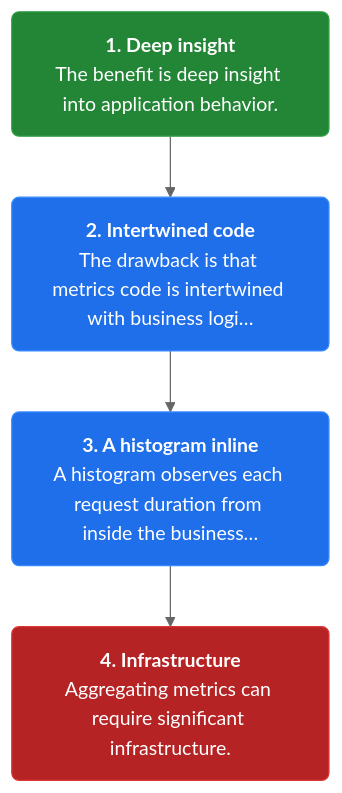
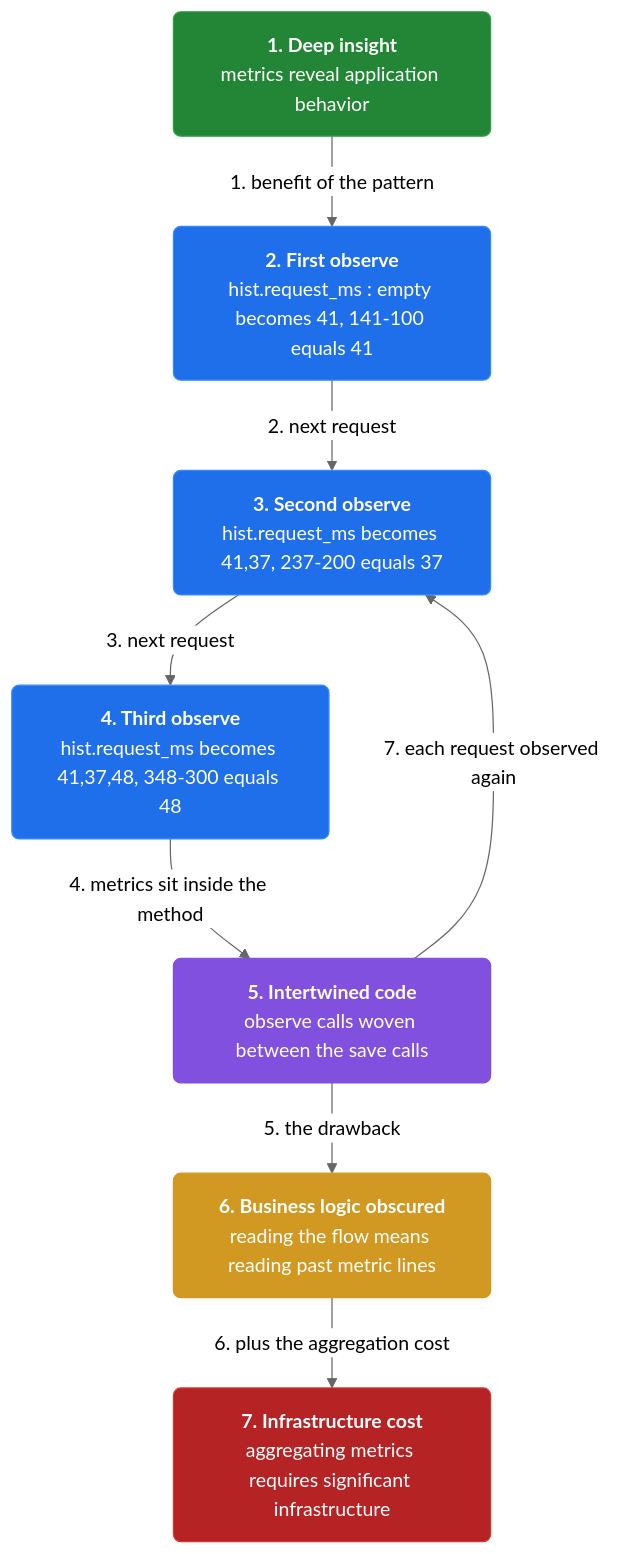
The third of 3 diagrams in docs/ch31-application-metrics.md (vinayakuber/microservices-io-study-guide), drawn with Mermaid (neutral theme) before and after one commit. The commit also changed other lines of this file and 46 other files, not shown here.

First line of the commit message:
Author rich branching flow diagrams for all 44 chapters

````diff
--- a/docs/ch31-application-metrics.md
+++ b/docs/ch31-application-metrics.md
@@ -90,13 +108,22 @@
 ```mermaid
 flowchart TD
-  classDef step fill:#1f6feb,color:#ffffff,stroke:#388bfd,stroke-width:1px,rx:6
+  classDef step fill:#1f6feb,color:#ffffff,stroke:#388bfd,rx:6
+  classDef core fill:#8250df,color:#ffffff,stroke:#8250df,rx:6
+  classDef warn fill:#d29922,color:#ffffff,stroke:#d29922,rx:6
   classDef start fill:#238636,color:#ffffff,stroke:#2ea043,rx:6
   classDef stop fill:#b62324,color:#ffffff,stroke:#da3633,rx:6
-  s2n0["<b>1. Deep insight</b><br/>The benefit is deep insight into application behavior."]:::start
-  s2n1["<b>2. Intertwined code</b><br/>The drawback is that metrics code is intertwined with business logi…"]:::step
-  s2n2["<b>3. A histogram inline</b><br/>A histogram observes each request duration from inside the business…"]:::step
-  s2n3["<b>4. Infrastructure</b><br/>Aggregating metrics can require significant infrastructure."]:::stop
-  s2n0 --> s2n1
-  s2n1 --> s2n2
-  s2n2 --> s2n3
+  n0["<b>1. Deep insight</b><br/>metrics reveal application behavior"]:::start
+  n1["<b>2. First observe</b><br/>hist.request_ms : empty becomes 41, 141-100 equals 41"]:::step
+  n2["<b>3. Second observe</b><br/>hist.request_ms becomes 41,37, 237-200 equals 37"]:::step
+  n3["<b>4. Third observe</b><br/>hist.request_ms becomes 41,37,48, 348-300 equals 48"]:::step
+  n4["<b>5. Intertwined code</b><br/>observe calls woven between the save calls"]:::core
+  n5["<b>6. Business logic obscured</b><br/>reading the flow means reading past metric lines"]:::warn
+  n6["<b>7. Infrastructure cost</b><br/>aggregating metrics requires significant infrastructure"]:::stop
+  n0 -->|"1. benefit of the pattern"| n1
+  n1 -->|"2. next request"| n2
+  n2 -->|"3. next request"| n3
+  n3 -->|"4. metrics sit inside the method"| n4
+  n4 -->|"5. the drawback"| n5
+  n5 -->|"6. plus the aggregation cost"| n6
+  n4 -->|"7. each request observed again"| n2
 ```
````
